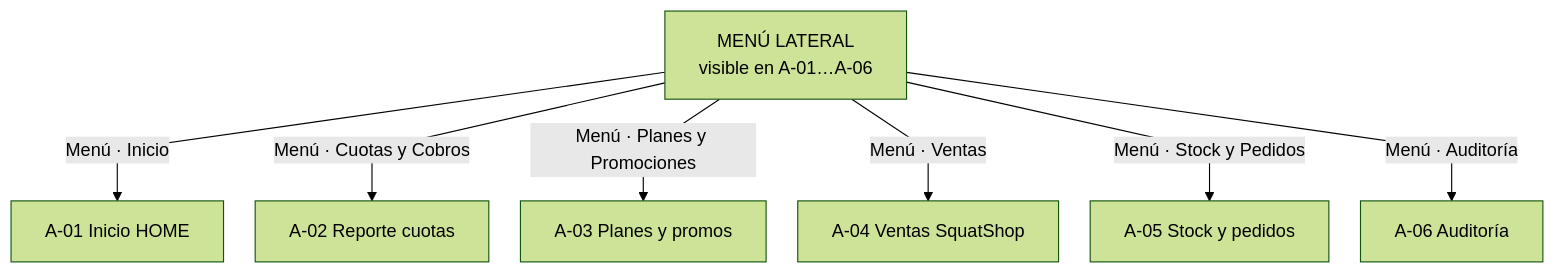
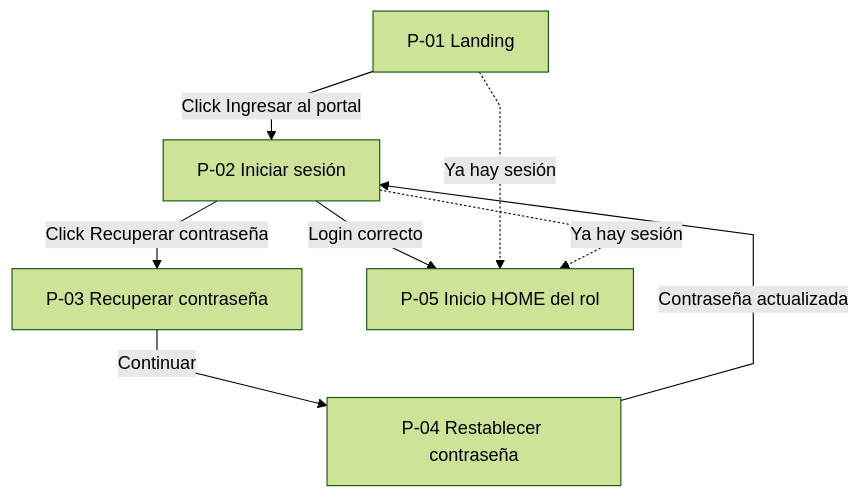
The first of 5 diagrams in docs/diagrama-navegacion.md (julioacostapallud/tss), drawn with Mermaid (forest theme) before and after one commit. The commit also changed other lines of this file, not shown here.

First line of the commit message:
docs: diagramas de navegación completos por rol con modales

````diff
--- a/docs/diagrama-navegacion.md
+++ b/docs/diagrama-navegacion.md
@@ -98,12 +9,17 @@
 ```mermaid
-%%{init: {'flowchart': {'curve': 'linear', 'nodeSpacing': 28, 'rankSpacing': 42}}}%%
+%%{init: {'flowchart': {'curve': 'linear', 'nodeSpacing': 24, 'rankSpacing': 36}}}%%
 flowchart TD
-  MENU["MENÚ LATERAL<br/>visible en A-01…A-06"]
+  P01["P-01 Landing"]
+  P02["P-02 Iniciar sesión"]
+  P03["P-03 Recuperar contraseña"]
+  P04["P-04 Restablecer contraseña"]
+  P05["P-05 Inicio HOME del rol"]
 
-  MENU -->|Menú · Inicio| A01["A-01 Inicio HOME"]
-  MENU -->|Menú · Cuotas y Cobros| A02["A-02 Reporte cuotas"]
-  MENU -->|Menú · Planes y Promociones| A03["A-03 Planes y promos"]
-  MENU -->|Menú · Ventas| A04["A-04 Ventas SquatShop"]
-  MENU -->|Menú · Stock y Pedidos| A05["A-05 Stock y pedidos"]
-  MENU -->|Menú · Auditoría| A06["A-06 Auditoría"]
+  P01 -->|Click Ingresar al portal| P02
+  P02 -->|Login correcto| P05
+  P02 -->|Click Recuperar contraseña| P03
+  P03 -->|Continuar| P04
+  P04 -->|Contraseña actualizada| P02
+  P01 -.->|Ya hay sesión| P05
+  P02 -.->|Ya hay sesión| P05
 ```
````
